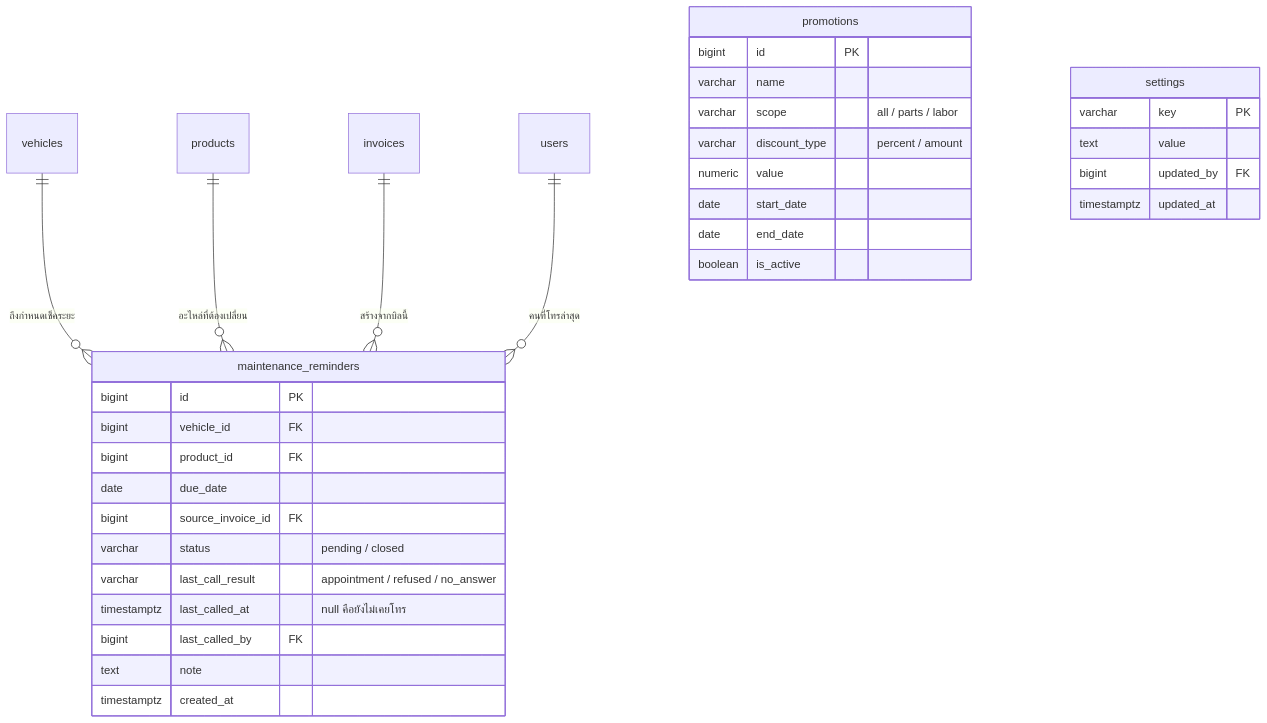
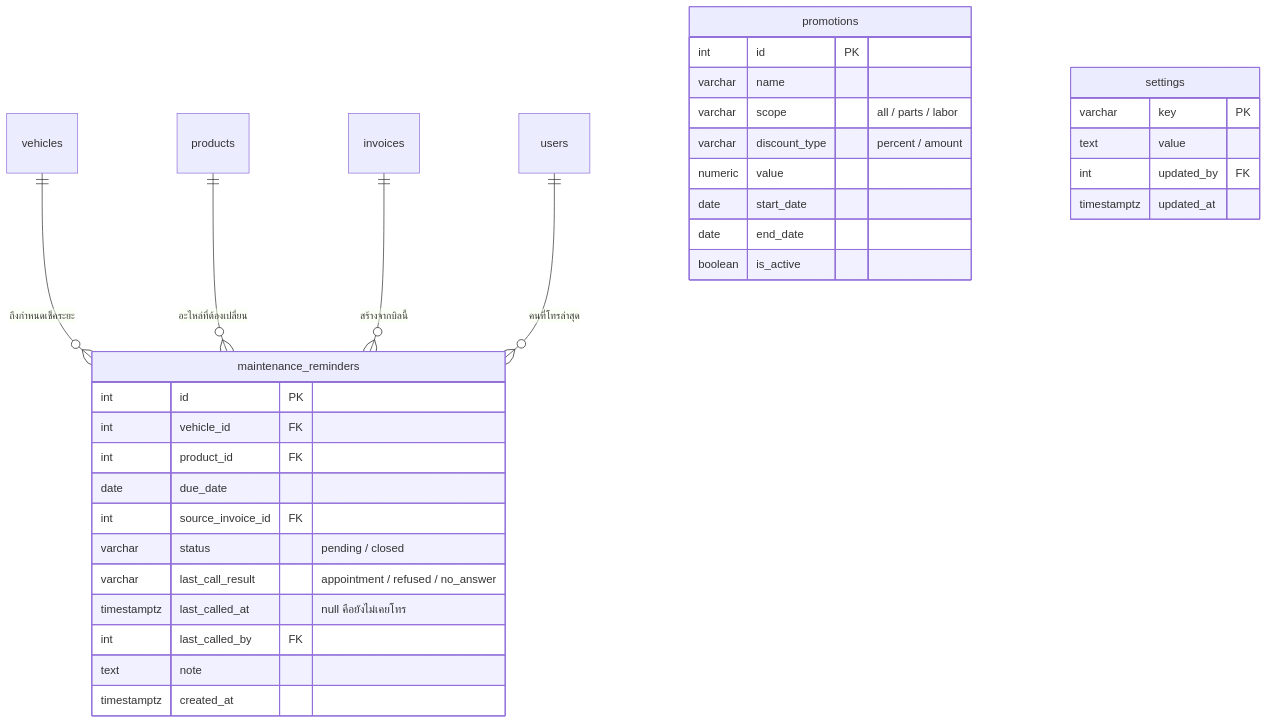
One commit to kaewjamsai0193/Garage_Final_Project changed the eighth of 8 diagrams in data_model.md. Above: the diagram before and after it, drawn with Mermaid. The commit also changed other lines of this file and 3 other files, not shown here.

````diff
--- a/data_model.md
+++ b/data_model.md
@@ -360,39 +360,39 @@
 ```mermaid
 erDiagram
     vehicles ||--o{ maintenance_reminders : "ถึงกำหนดเช็คระยะ"
     products ||--o{ maintenance_reminders : "อะไหล่ที่ต้องเปลี่ยน"
     invoices ||--o{ maintenance_reminders : "สร้างจากบิลนี้"
     users ||--o{ maintenance_reminders : "คนที่โทรล่าสุด"
 
     promotions {
-        bigint id PK
+        int id PK
         varchar name
         varchar scope "all / parts / labor"
         varchar discount_type "percent / amount"
         numeric value
         date start_date
         date end_date
         boolean is_active
     }
 
     maintenance_reminders {
-        bigint id PK
-        bigint vehicle_id FK
-        bigint product_id FK
+        int id PK
+        int vehicle_id FK
+        int product_id FK
         date due_date
-        bigint source_invoice_id FK
+        int source_invoice_id FK
         varchar status "pending / closed"
         varchar last_call_result "appointment / refused / no_answer"
         timestamptz last_called_at "null คือยังไม่เคยโทร"
-        bigint last_called_by FK
+        int last_called_by FK
         text note
         timestamptz created_at
     }
 
     settings {
         varchar key PK
         text value
-        bigint updated_by FK
+        int updated_by FK
         timestamptz updated_at
     }
 ```
````
